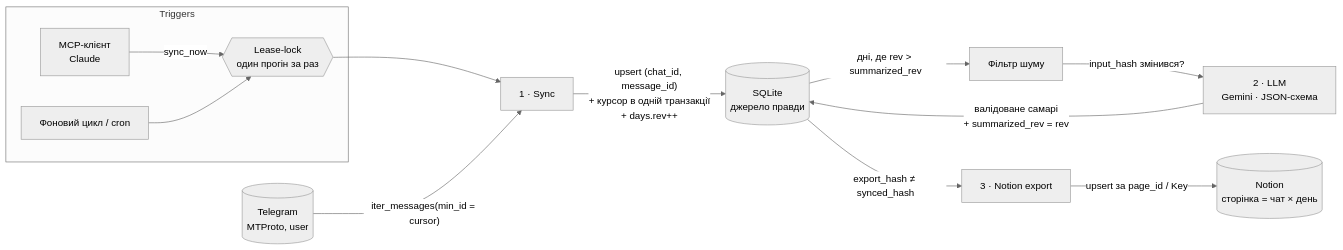
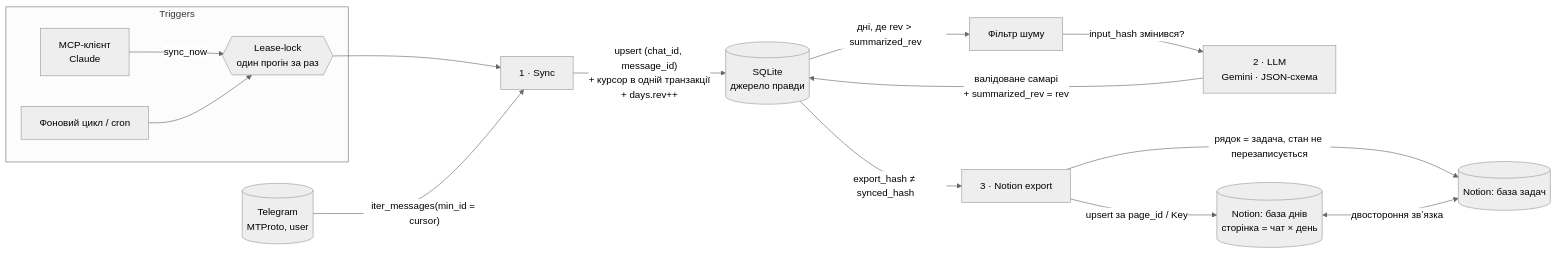
One commit to mitnikovaola-afk/telegram-mcp-connector changed the diagram in README.md. Above: the diagram before and after it, drawn with Mermaid (neutral theme). The commit also changed other lines of this file and 23 other files, not shown here.

````diff
--- a/README.md
+++ b/README.md
@@ -196,15 +385,17 @@
 ```mermaid
 flowchart LR
     subgraph Triggers
         C[MCP-клієнт<br/>Claude] -->|sync_now| P
         T[Фоновий цикл / cron] --> P
     end
     P{{Lease-lock<br/>один прогін за раз}} --> S
     TG[(Telegram<br/>MTProto, user)] -->|"iter_messages(min_id = cursor)"| S[1 · Sync]
     S -->|"upsert (chat_id, message_id)<br/>+ курсор в одній транзакції<br/>+ days.rev++"| DB[(SQLite<br/>джерело правди)]
     DB -->|"дні, де rev > summarized_rev"| F[Фільтр шуму]
     F -->|"input_hash змінився?"| L[2 · LLM<br/>Gemini · JSON-схема]
     L -->|"валідоване самарі<br/>+ summarized_rev = rev"| DB
     DB -->|"export_hash ≠ synced_hash"| N[3 · Notion export]
-    N -->|"upsert за page_id / Key"| NO[(Notion<br/>сторінка = чат × день)]
+    N -->|"upsert за page_id / Key"| NO[(Notion: база днів<br/>сторінка = чат × день)]
+    N -->|"рядок = задача, стан не перезаписується"| NT[(Notion: база задач)]
+    NO <-->|"двостороння звʼязка"| NT
 ```
````
